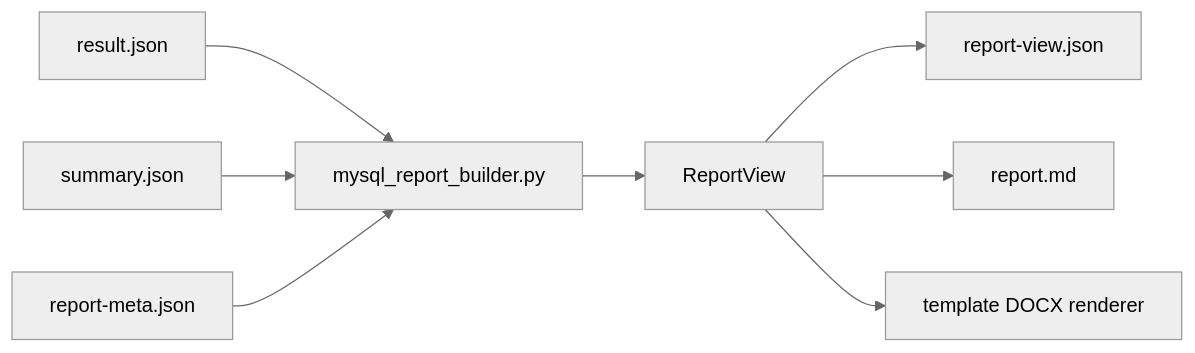
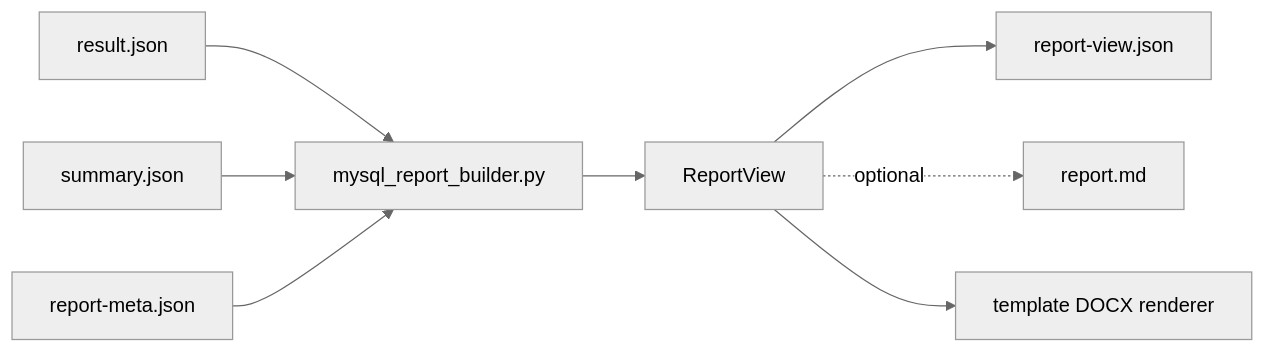
One commit to liumingjian/db-check changed the third of 4 diagrams in docs/architecture/业务全景与实现流程.md. Above: the diagram before and after it, drawn with Mermaid (neutral theme). The commit also changed other lines of this file and 59 other files, not shown here.

````diff
--- a/docs/architecture/业务全景与实现流程.md
+++ b/docs/architecture/业务全景与实现流程.md
@@ -160,10 +194,10 @@
 ```mermaid
 flowchart LR
   A["result.json"] --> D["mysql_report_builder.py"]
   B["summary.json"] --> D
   C["report-meta.json"] --> D
   D --> E["ReportView"]
   E --> F["report-view.json"]
-  E --> G["report.md"]
+  E -. optional .-> G["report.md"]
   E --> H["template DOCX renderer"]
 ```
````
